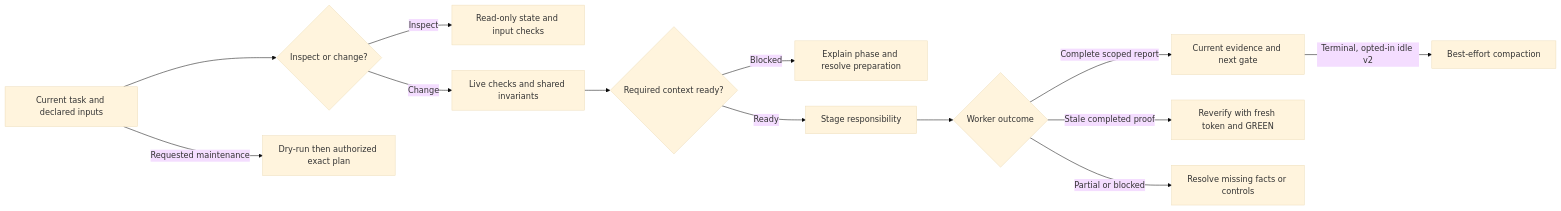
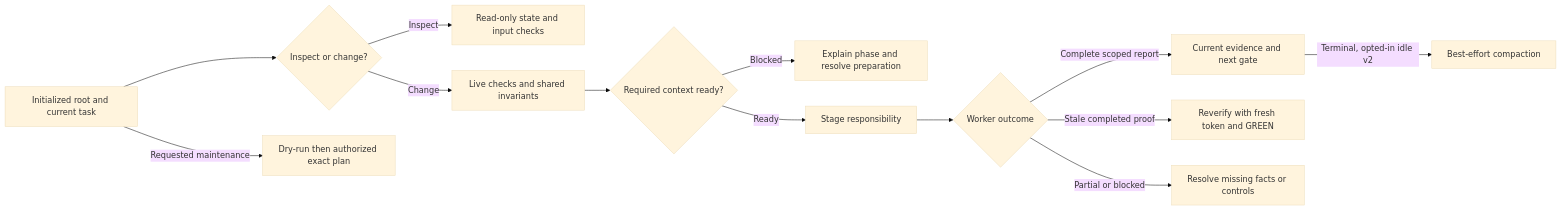
The diagram in skills/workflow/SKILL.md (wgentil/devflow), drawn with Mermaid (base theme) before and after one commit. The commit also changed other lines of this file and 34 other files, not shown here.

````diff
--- a/skills/workflow/SKILL.md
+++ b/skills/workflow/SKILL.md
@@ -16,15 +16,15 @@
 ```mermaid
 flowchart LR
-    Scope[Current task and declared inputs] --> Mode{Inspect or change?}
+    Scope[Initialized root and current task] --> Mode{Inspect or change?}
     Mode -->|Inspect| Inspect[Read-only state and input checks]
     Mode -->|Change| Checks[Live checks and shared invariants]
     Checks --> Prep{Required context ready?}
     Prep -->|Blocked| Context[Explain phase and resolve preparation]
     Prep -->|Ready| Work[Stage responsibility]
     Work --> Result{Worker outcome}
     Result -->|Complete scoped report| Evidence[Current evidence and next gate]
     Result -->|Stale completed proof| Reverify[Reverify with fresh token and GREEN]
     Result -->|Partial or blocked| Recover[Resolve missing facts or controls]
     Evidence -->|Terminal, opted-in idle v2| Compact[Best-effort compaction]
     Scope -->|Requested maintenance| Plan[Dry-run then authorized exact plan]
 ```
````
